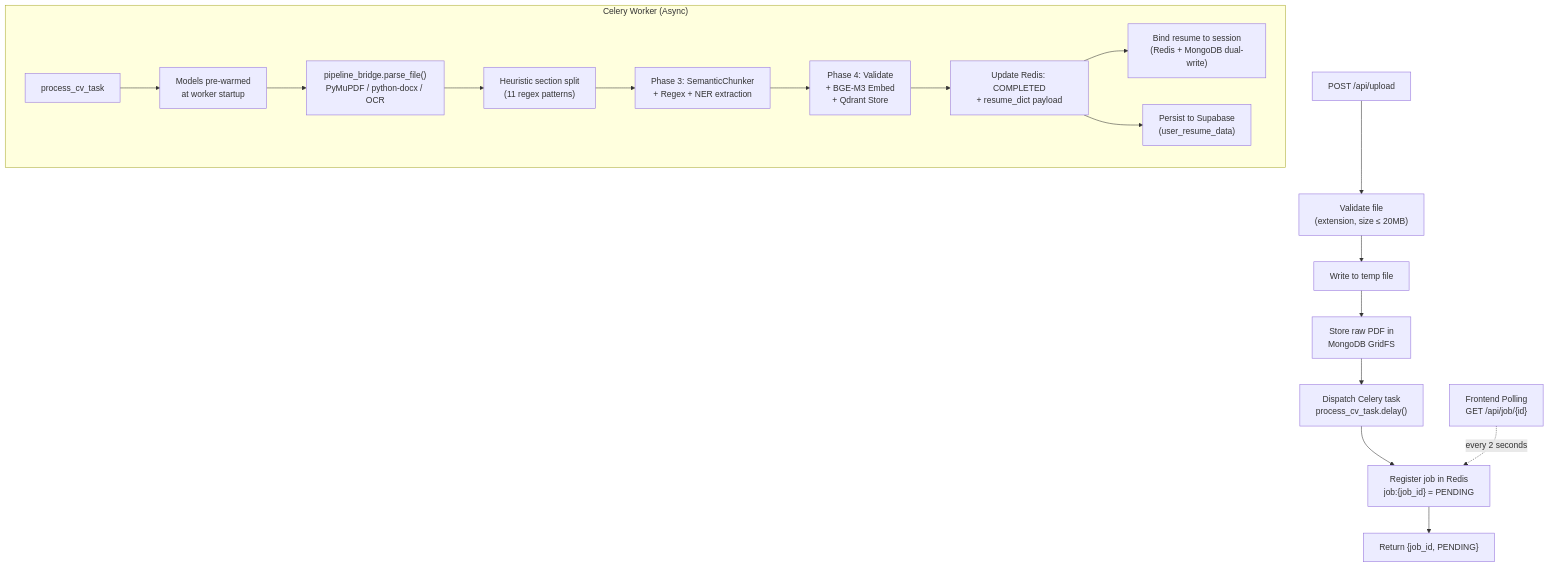
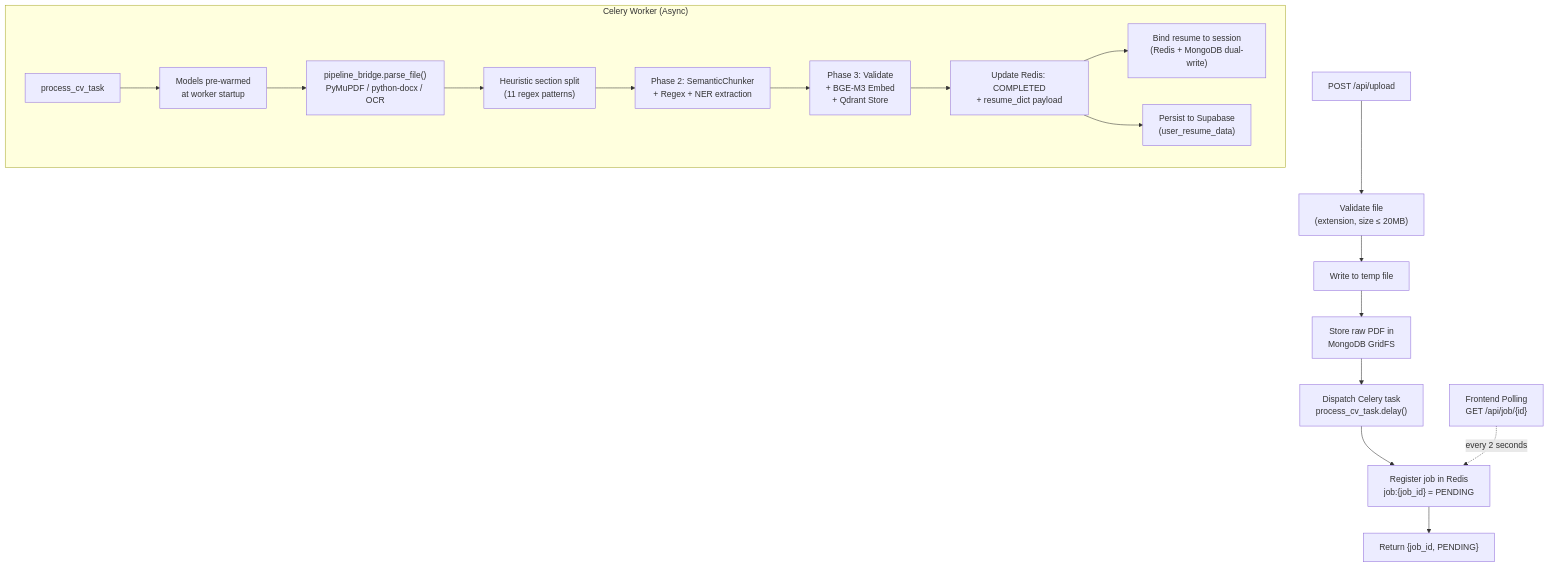
The fifth of 6 diagrams in chapter_7_thesis_1.md (Vinhnguyen1227/Job-Market-Analytics-Platform), drawn with Mermaid before and after one commit. The commit also changed other lines of this file and 36 other files, not shown here.

````diff
--- a/chapter_7_thesis_1.md
+++ b/chapter_7_thesis_1.md
@@ -295,22 +295,22 @@
 ```mermaid
 flowchart TB
     UPLOAD["POST /api/upload"] --> VALIDATE["Validate file<br>(extension, size ≤ 20MB)"]
     VALIDATE --> TEMP["Write to temp file"]
     TEMP --> GRIDFS["Store raw PDF in<br>MongoDB GridFS"]
     GRIDFS --> CELERY["Dispatch Celery task<br>process_cv_task.delay()"]
     CELERY --> JOB["Register job in Redis<br>job:{job_id} = PENDING"]
     JOB --> RETURN["Return {job_id, PENDING}"]
     
     subgraph "Celery Worker (Async)"
         WORKER["process_cv_task"] --> WARMUP["Models pre-warmed<br>at worker startup"]
         WARMUP --> PARSE["pipeline_bridge.parse_file()<br>PyMuPDF / python-docx / OCR"]
         PARSE --> SECTION["Heuristic section split<br>(11 regex patterns)"]
-        SECTION --> P3["Phase 3: SemanticChunker<br>+ Regex + NER extraction"]
-        P3 --> P4["Phase 4: Validate<br>+ BGE-M3 Embed<br>+ Qdrant Store"]
-        P4 --> RESULT["Update Redis: COMPLETED<br>+ resume_dict payload"]
+        SECTION --> P2["Phase 2: SemanticChunker<br>+ Regex + NER extraction"]
+        P2 --> P3["Phase 3: Validate<br>+ BGE-M3 Embed<br>+ Qdrant Store"]
+        P3 --> RESULT["Update Redis: COMPLETED<br>+ resume_dict payload"]
         RESULT --> BIND_SESSION["Bind resume to session<br>(Redis + MongoDB dual-write)"]
         RESULT --> BIND_SUPABASE["Persist to Supabase<br>(user_resume_data)"]
     end
     
     FE["Frontend Polling<br>GET /api/job/{id}"] -.->|"every 2 seconds"| JOB
 ```
````
